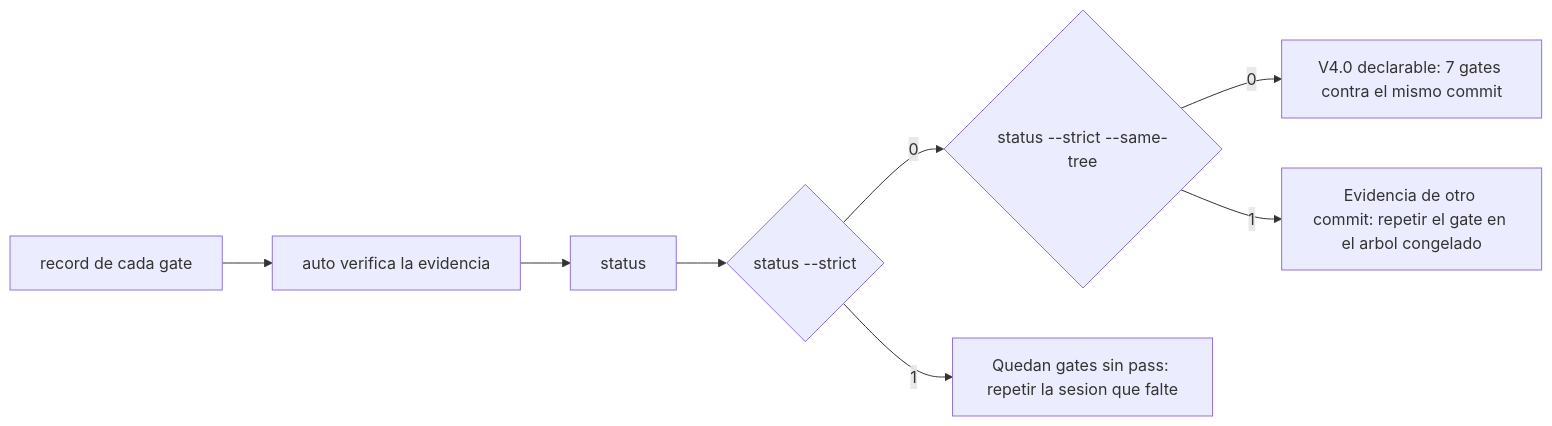
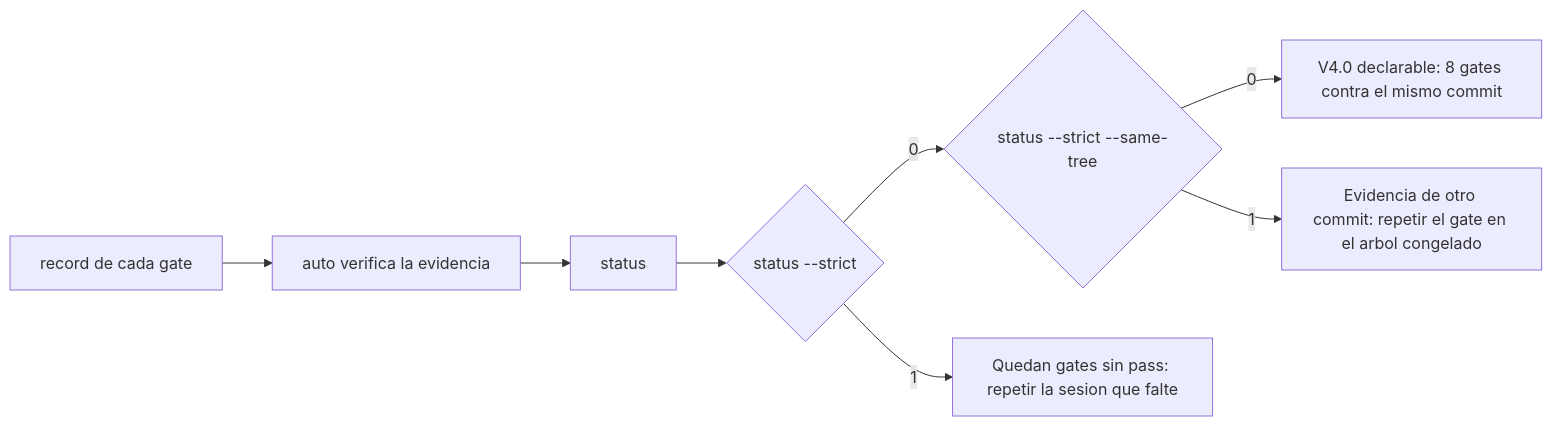
The second of 2 diagrams in docs/audit/KIT-VALIDACION-GATES.md (jvelasca/english-tutor), drawn with Mermaid before and after one commit. The commit also changed other lines of this file and 25 other files, not shown here.

````diff
--- a/docs/audit/KIT-VALIDACION-GATES.md
+++ b/docs/audit/KIT-VALIDACION-GATES.md
@@ -494,10 +526,10 @@
 ```mermaid
 flowchart LR
     R["record de cada gate"] --> A["auto verifica la evidencia"]
     A --> ST["status"]
     ST --> STR{"status --strict"}
     STR -->|"0"| ST2{"status --strict --same-tree"}
     STR -->|"1"| Pend["Quedan gates sin pass: repetir la sesion que falte"]
-    ST2 -->|"0"| V4["V4.0 declarable: 7 gates contra el mismo commit"]
+    ST2 -->|"0"| V4["V4.0 declarable: 8 gates contra el mismo commit"]
     ST2 -->|"1"| Rep["Evidencia de otro commit: repetir el gate en el arbol congelado"]
 ```
````
